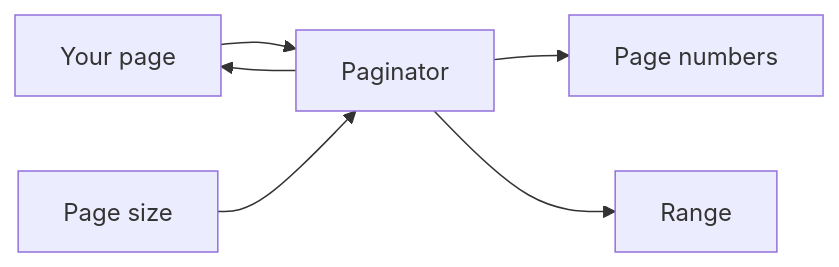
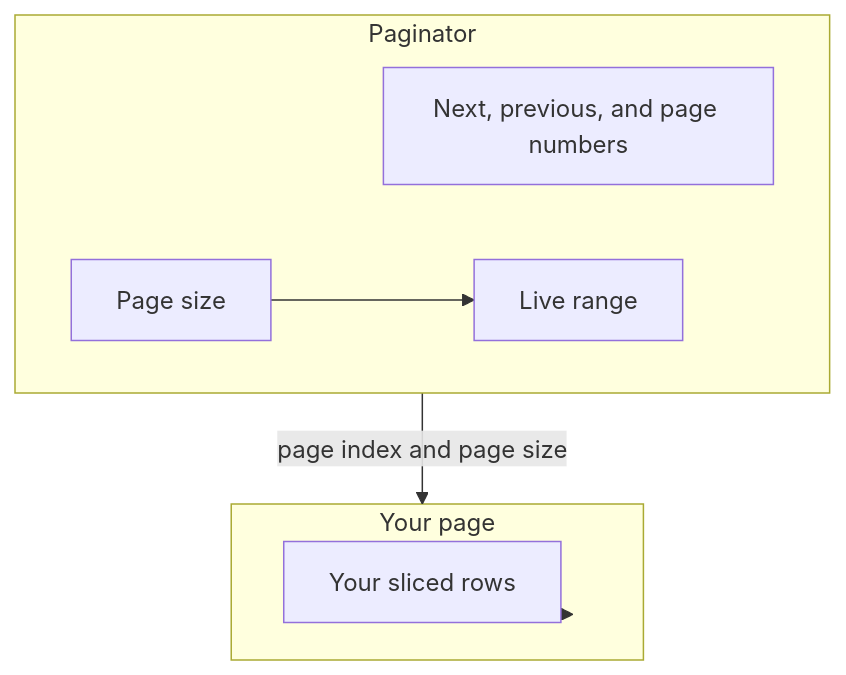
Before and after one commit to RajshekharBorate/pixel-ui: the first of 3 diagrams in projects/pixel-ui/src/lib/pixel-paginator/DESIGN.md, drawn with Mermaid. The commit also changed other lines of this file and 73 other files, not shown here.

Commit message:
Explain who owns each value and what each flow does in every component and service design.

````diff
--- a/projects/pixel-ui/src/lib/pixel-paginator/DESIGN.md
+++ b/projects/pixel-ui/src/lib/pixel-paginator/DESIGN.md
@@ -18,13 +20,14 @@
 ```mermaid
-flowchart LR
-  page["Your page"]
-  pager["Paginator"]
-  pages["Page numbers"]
-  size["Page size"]
-  live["Range"]
-  page --> pager
-  pager --> pages
-  pager --> page
-  pager --> live
-  size --> pager
+flowchart TB
+  subgraph page [Your page]
+    Rows[Your sliced rows]
+  end
+  subgraph pager [Paginator]
+    Next[Next, previous, and page numbers]
+    Size[Page size]
+    Live[Live range]
+  end
+  pager -->|page index and page size| page
+  page --> Rows
+  Size --> Live
 ```
````
